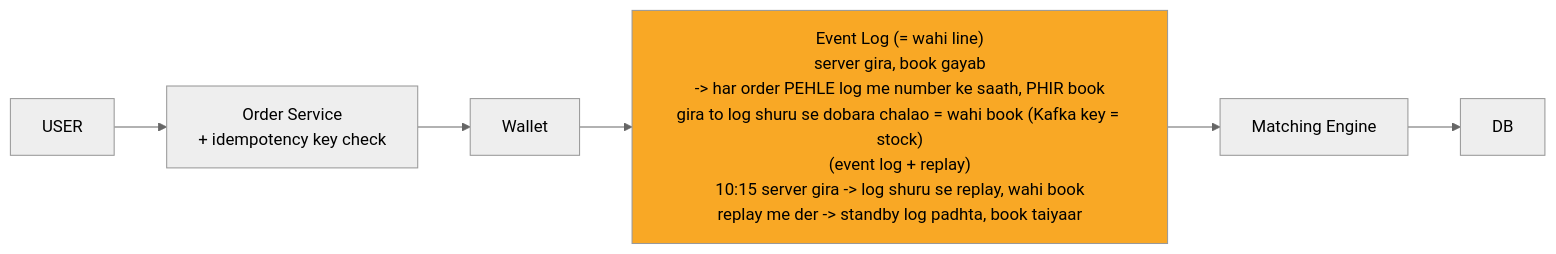
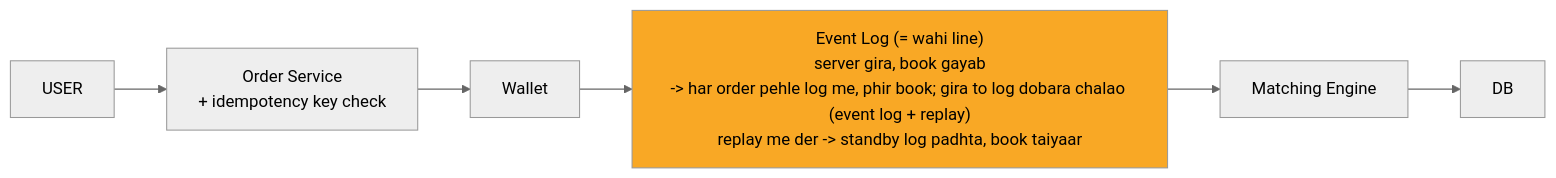
The diagram in 04_HLD/SYSTEM_DESIGNS/05_stock_broker_trading/img/c5.mmd (ArpanMaheshwari144/Prep), drawn with Mermaid (neutral theme) before and after one commit. The commit also changed 39 other files, not shown here.

Commit message:
stock: 8 card scene + order book tasveer + chhote dabbe

```diff
--- a/04_HLD/SYSTEM_DESIGNS/05_stock_broker_trading/img/c5.mmd
+++ b/04_HLD/SYSTEM_DESIGNS/05_stock_broker_trading/img/c5.mmd
@@ -1,14 +1,14 @@
 %%{init: {"flowchart": {"wrappingWidth": 450}}}%%
 flowchart LR
     n_USER["USER"]
     n_Order_Service["Order Service<br/>+ idempotency key check"]
     n_Wallet["Wallet"]
-    n_Event_Log["Event Log (= wahi line)<br/>server gira, book gayab<br/>-> har order PEHLE log me number ke saath, PHIR book<br/>gira to log shuru se dobara chalao = wahi book (Kafka key = stock)<br/>(event log + replay)<br/>10:15 server gira -> log shuru se replay, wahi book<br/>replay me der -> standby log padhta, book taiyaar"]
+    n_Event_Log["Event Log (= wahi line)<br/>server gira, book gayab<br/>-> har order pehle log me, phir book; gira to log dobara chalao (event log + replay)<br/>replay me der -> standby log padhta, book taiyaar"]
     n_Matching_Engine["Matching Engine"]
     n_DB["DB"]
     n_USER --> n_Order_Service
     n_Order_Service --> n_Wallet
     n_Wallet --> n_Event_Log
     n_Event_Log --> n_Matching_Engine
     n_Matching_Engine --> n_DB
     style n_Event_Log fill:#f9a825,color:#000
```
